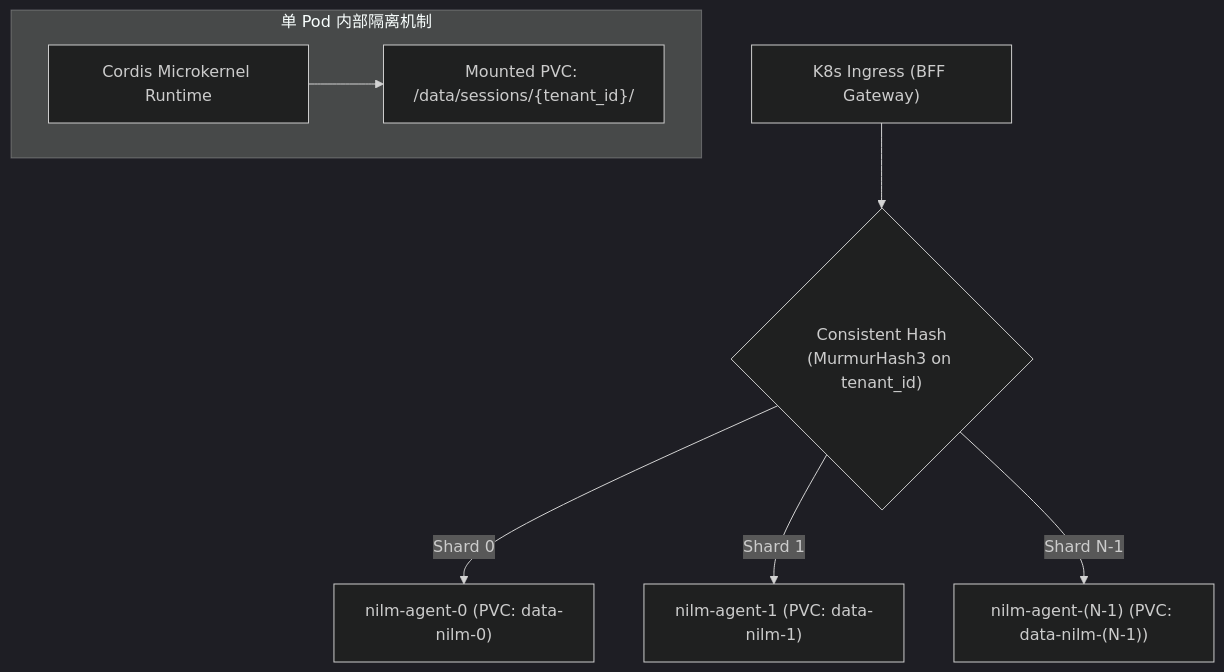
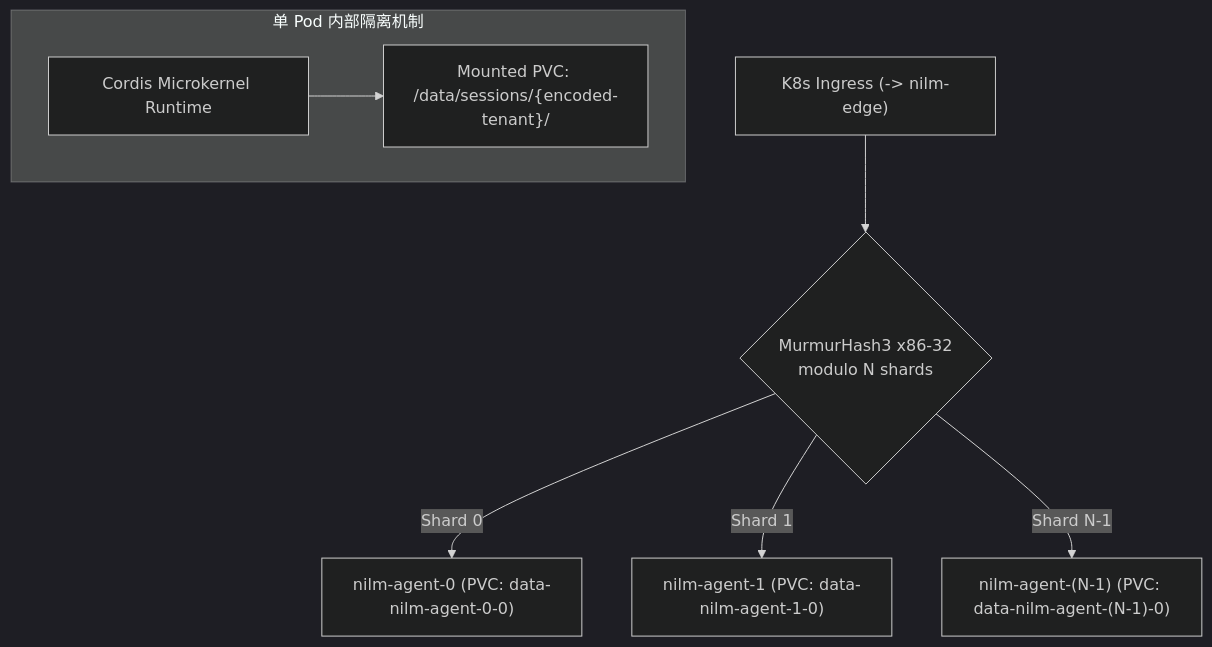
One commit to xusofty-cyber/deepseek-harness changed the fourth of 5 diagrams in docs/nilm-ai-agent-detailed-design-phase4.md. Above: the diagram before and after it, drawn with Mermaid (dark theme). The commit also changed other lines of this file and 47 other files, not shown here.

Commit message:
feat(nilm): add tenant sharding, PVC conversation index, and K8s deployment

````diff
--- a/docs/nilm-ai-agent-detailed-design-phase4.md
+++ b/docs/nilm-ai-agent-detailed-design-phase4.md
@@ -174,13 +174,13 @@
 ```mermaid
 flowchart TD
-    Ingress["K8s Ingress (BFF Gateway)"] --> HashRoute{"Consistent Hash<br/>(MurmurHash3 on tenant_id)"}
-    HashRoute -- "Shard 0" --> Pod0["nilm-agent-0 (PVC: data-nilm-0)"]
-    HashRoute -- "Shard 1" --> Pod1["nilm-agent-1 (PVC: data-nilm-1)"]
-    HashRoute -- "Shard N-1" --> PodN["nilm-agent-(N-1) (PVC: data-nilm-(N-1))"]
+    Ingress["K8s Ingress (-> nilm-edge)"] --> HashRoute{"MurmurHash3 x86-32<br/>modulo N shards"}
+    HashRoute -- "Shard 0" --> Pod0["nilm-agent-0 (PVC: data-nilm-agent-0-0)"]
+    HashRoute -- "Shard 1" --> Pod1["nilm-agent-1 (PVC: data-nilm-agent-1-0)"]
+    HashRoute -- "Shard N-1" --> PodN["nilm-agent-(N-1) (PVC: data-nilm-agent-(N-1)-0)"]
 
     subgraph PodInternal["单 Pod 内部隔离机制"]
-        PVC["Mounted PVC: /data/sessions/{tenant_id}/"]
+        PVC["Mounted PVC: /data/sessions/{encoded-tenant}/"]
         Engine["Cordis Microkernel Runtime"]
         Engine --> PVC
     end
 ```
````
